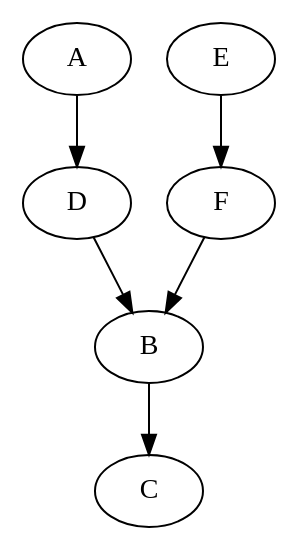
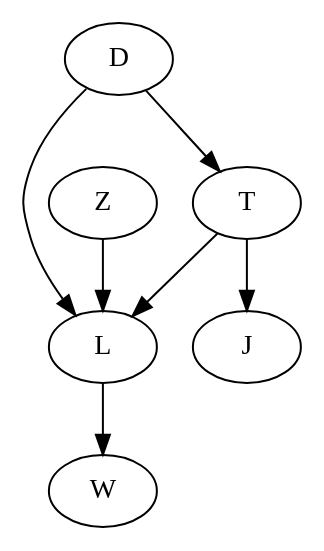
The diagram in Graph/results/Digraph.gv (iam-aishwaryajoy/Code-Today), drawn with Graphviz before and after one commit. The commit also changed 6 other files, not shown here.

Commit message:
BFS traversal and automatic graph creation

```diff
--- a/Graph/results/Digraph.gv
+++ b/Graph/results/Digraph.gv
@@ -1,13 +1,14 @@
 digraph {
-	A
-	B
-	C
+	W
+	T
+	L
 	D
-	E
-	F
-	A -> D
-	B -> C
-	D -> B
-	E -> F
-	F -> B
+	J
+	Z
+	T -> J
+	T -> L
+	L -> W
+	D -> L
+	D -> T
+	Z -> L
 }
```
